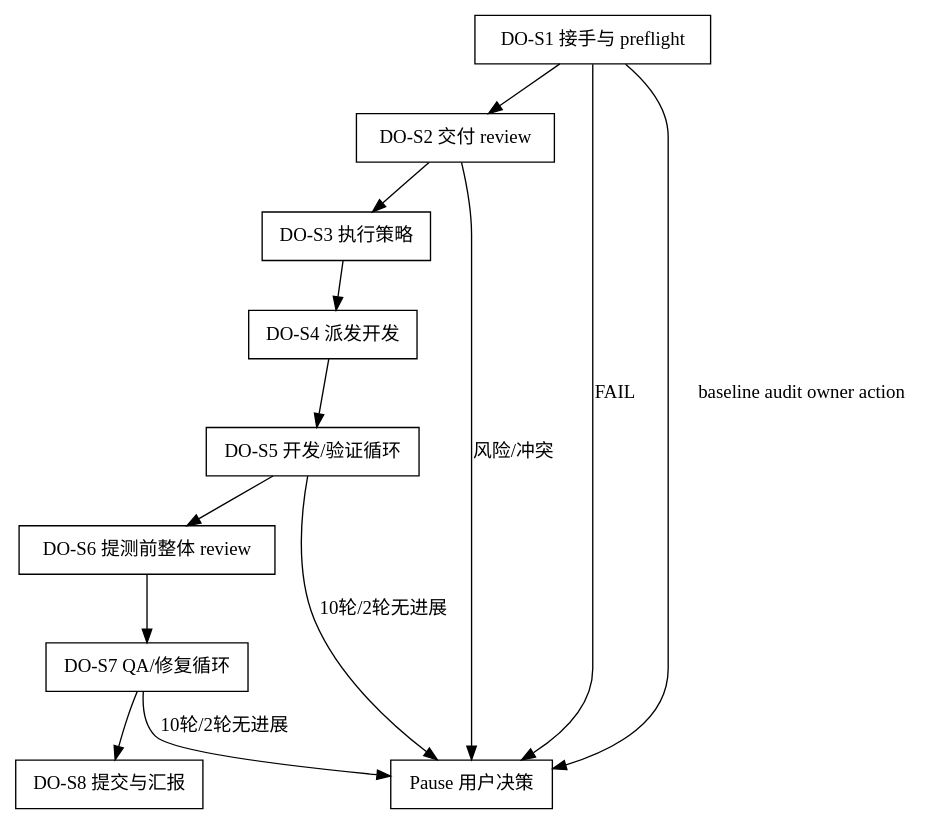
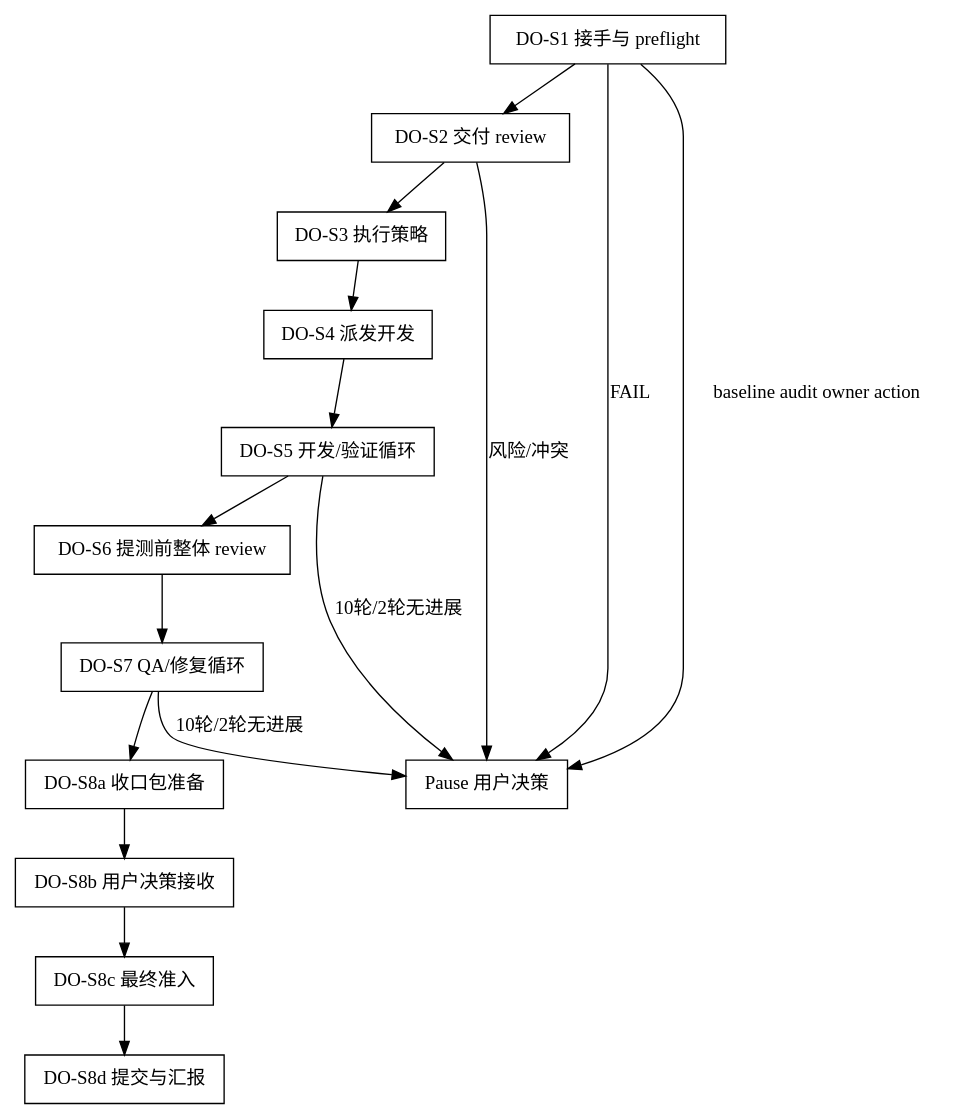
Before and after one commit to jieli-cqwl/org-claude-skills: the diagram in shared/skills/delivery-owner/SKILL.md, drawn with Graphviz. The commit also changed other lines of this file and 141 other files, not shown here.

````diff
--- a/shared/skills/delivery-owner/SKILL.md
+++ b/shared/skills/delivery-owner/SKILL.md
@@ -39,18 +39,21 @@
 ```dot
 digraph delivery_owner_flow {
   rankdir=TB;
   node [shape=box];
   "DO-S1 接手与 preflight" -> "DO-S2 交付 review";
   "DO-S2 交付 review" -> "DO-S3 执行策略";
   "DO-S3 执行策略" -> "DO-S4 派发开发";
   "DO-S4 派发开发" -> "DO-S5 开发/验证循环";
   "DO-S5 开发/验证循环" -> "DO-S6 提测前整体 review";
   "DO-S6 提测前整体 review" -> "DO-S7 QA/修复循环";
-  "DO-S7 QA/修复循环" -> "DO-S8 提交与汇报";
+  "DO-S7 QA/修复循环" -> "DO-S8a 收口包准备";
+  "DO-S8a 收口包准备" -> "DO-S8b 用户决策接收";
+  "DO-S8b 用户决策接收" -> "DO-S8c 最终准入";
+  "DO-S8c 最终准入" -> "DO-S8d 提交与汇报";
   "DO-S1 接手与 preflight" -> "Pause 用户决策" [label="FAIL"];
   "DO-S1 接手与 preflight" -> "Pause 用户决策" [label="baseline audit owner action"];
   "DO-S2 交付 review" -> "Pause 用户决策" [label="风险/冲突"];
   "DO-S5 开发/验证循环" -> "Pause 用户决策" [label="10轮/2轮无进展"];
   "DO-S7 QA/修复循环" -> "Pause 用户决策" [label="10轮/2轮无进展"];
 }
 ```
````
